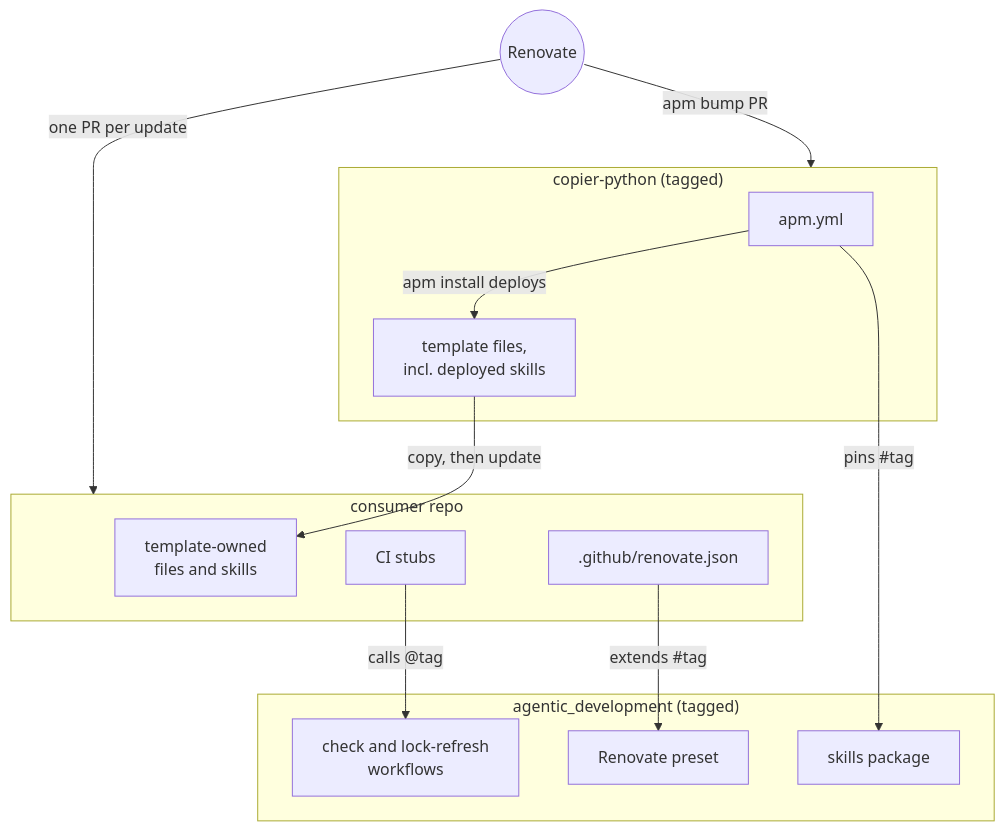
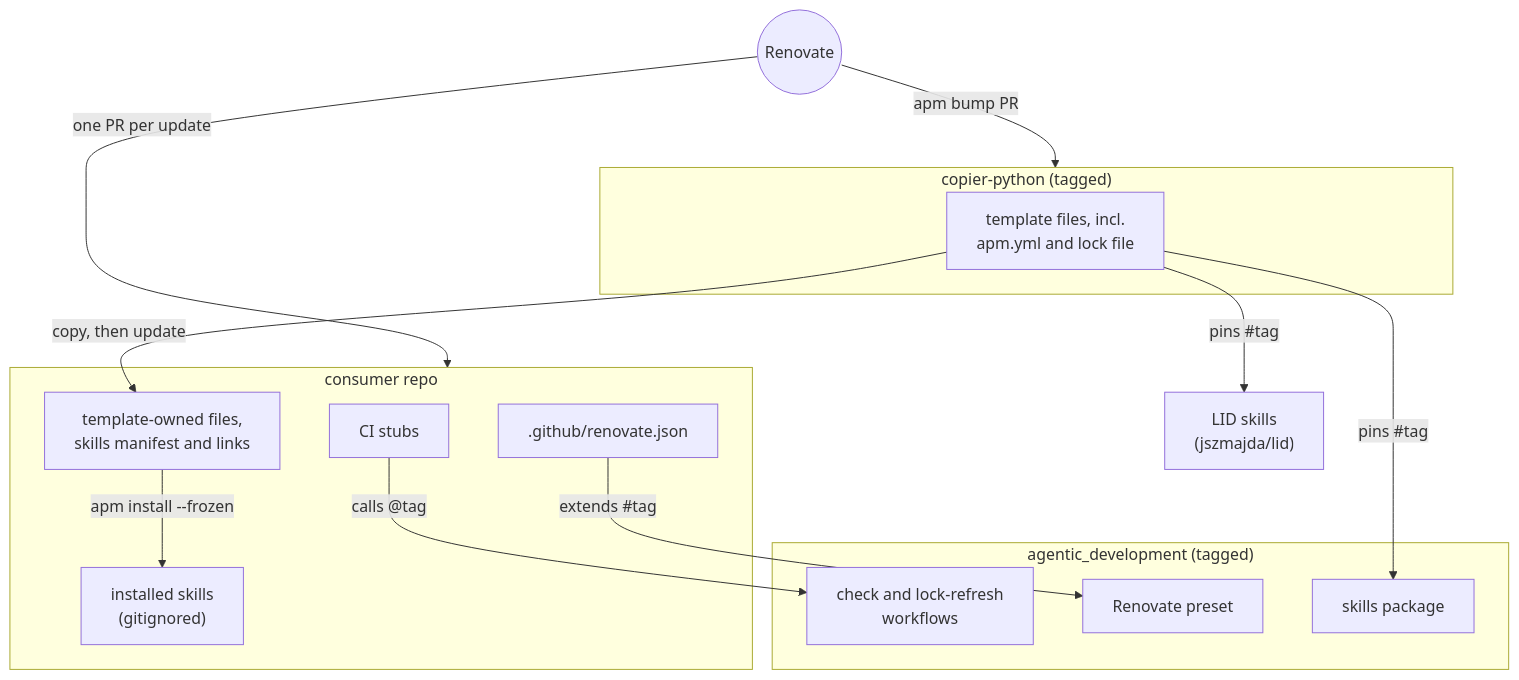
The diagram in docs/high-level-design.md (jmbowman/agentic_development), drawn with Mermaid before and after one commit. The commit also changed other lines of this file and 26 other files, not shown here.

````diff
--- a/docs/high-level-design.md
+++ b/docs/high-level-design.md
@@ -108,25 +110,27 @@
 ```mermaid
 flowchart TB
   subgraph AD["agentic_development (tagged)"]
     WF["check and lock-refresh<br/>workflows"]
     PS["Renovate preset"]
     SK["skills package"]
   end
+  LID["LID skills<br/>(jszmajda/lid)"]
   subgraph CP["copier-python (tagged)"]
-    TAPM["apm.yml"]
-    T["template files,<br/>incl. deployed skills"]
+    T["template files, incl.<br/>apm.yml and lock file"]
   end
   subgraph R["consumer repo"]
-    CFG["template-owned<br/>files and skills"]
+    CFG["template-owned files,<br/>skills manifest and links"]
+    DS["installed skills<br/>(gitignored)"]
     STUB["CI stubs"]
     RJ[".github/renovate.json"]
   end
   RN(("Renovate"))
-  TAPM -->|"pins #tag"| SK
-  TAPM -->|"apm install deploys"| T
+  T -->|"pins #tag"| SK
+  T -->|"pins #tag"| LID
   T -->|"copy, then update"| CFG
+  CFG -->|"apm install --frozen"| DS
   STUB -->|"calls @tag"| WF
   RJ -->|"extends #tag"| PS
   RN -->|"one PR per update"| R
   RN -->|"apm bump PR"| CP
 ```
````
